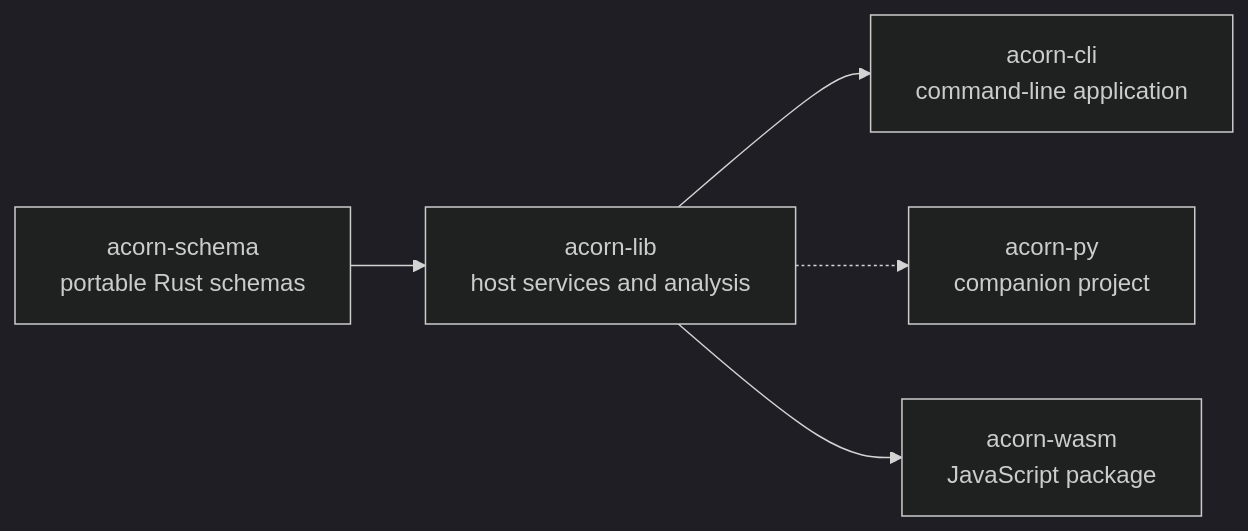
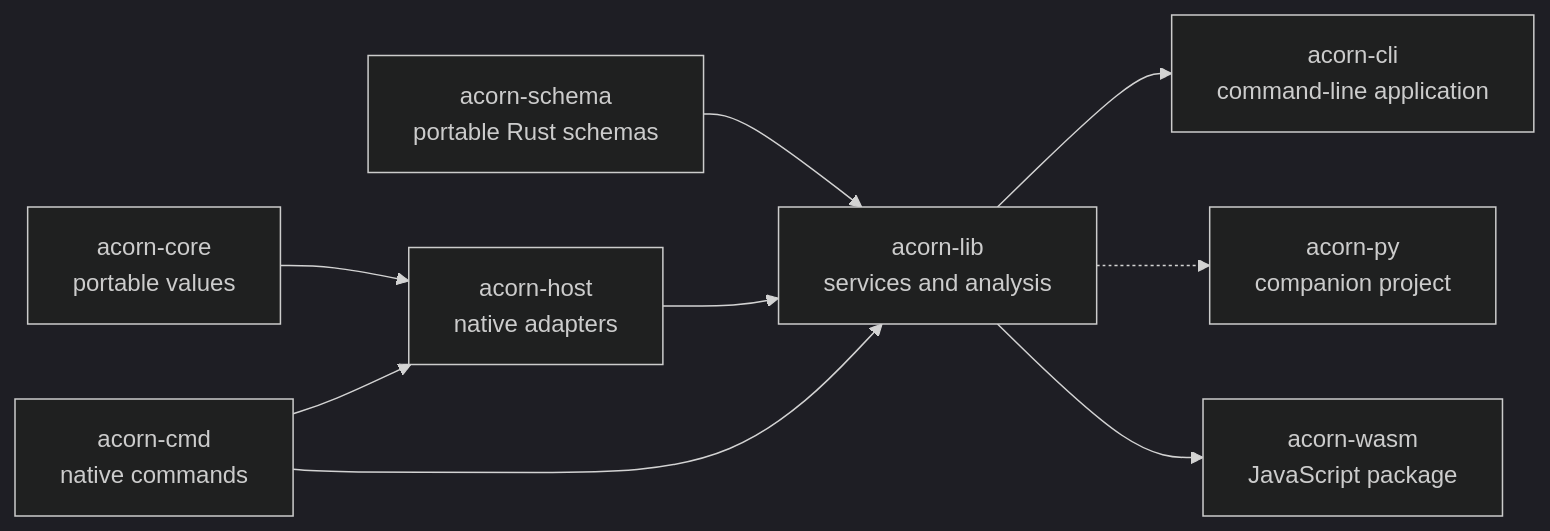
The diagram in docs/src/packages/README.md (jhwohlgemuth/acorn), drawn with Mermaid (dark theme) before and after one commit. The commit also changed other lines of this file and 146 other files, not shown here.

Commit message:
feat: Create acorn-cmd and acorn-host for enhanced portability

````diff
--- a/docs/src/packages/README.md
+++ b/docs/src/packages/README.md
@@ -5,7 +5,11 @@
 ```mermaid
 graph LR
-    S["acorn-schema</br>portable Rust schemas"] --> A["acorn-lib</br>host services and analysis"]
+    CORE["acorn-core</br>portable values"] --> H["acorn-host</br>native adapters"]
+    M["acorn-cmd</br>native commands"] --> H
+    S["acorn-schema</br>portable Rust schemas"] --> A["acorn-lib</br>services and analysis"]
+    H --> A
+    M --> A
     A --> B["acorn-cli</br>command-line application"]
-    A -.-> C["acorn-py</br>companion project"]
+    A -.-> PY["acorn-py</br>companion project"]
     A --> D["acorn-wasm</br>JavaScript package"]
 ```
````
